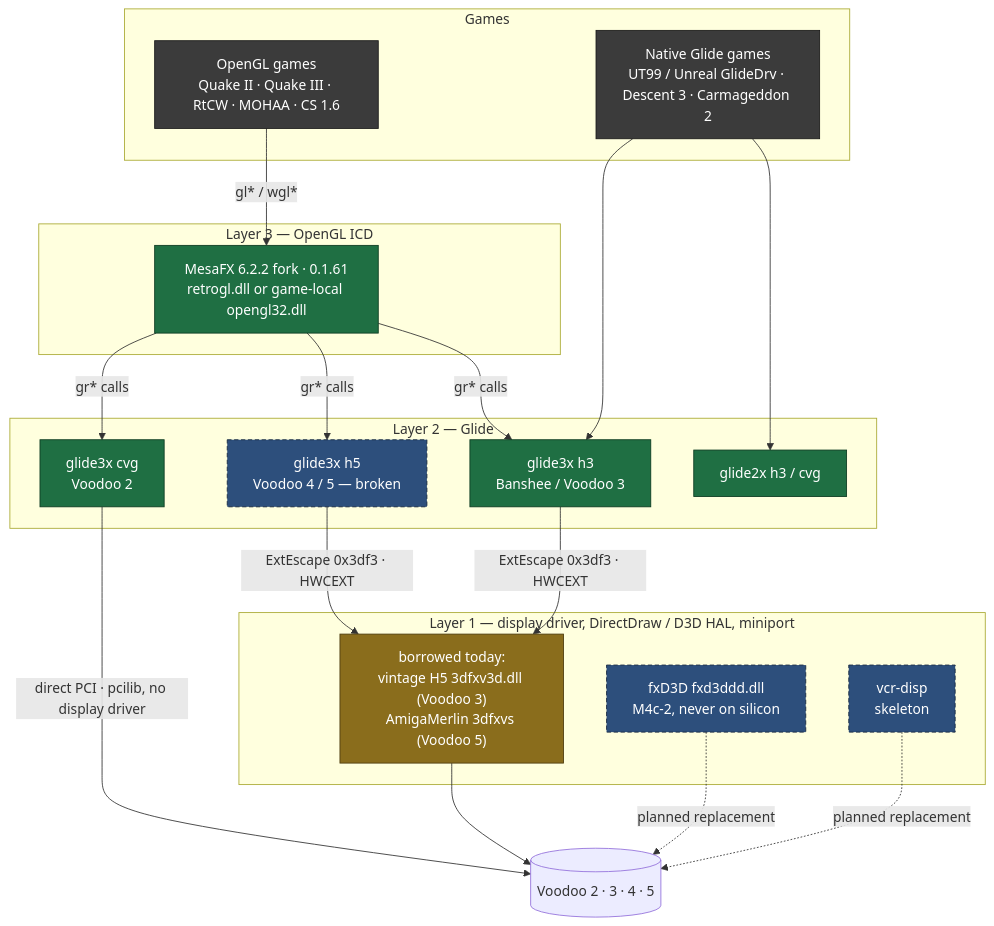
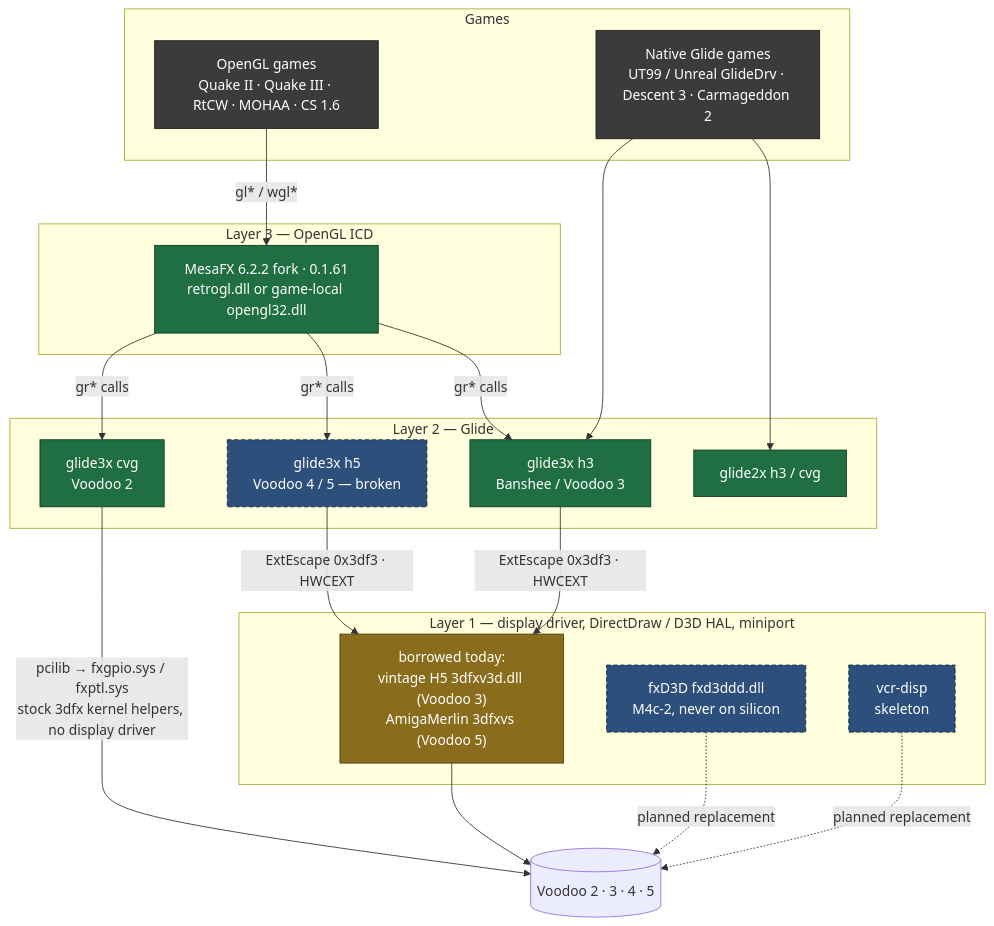
The second of 14 diagrams in voodoo-cleanroom/README.md (voidsstr/retro-agent), drawn with Mermaid before and after one commit. The commit also changed other lines of this file and 7 other files, not shown here.

````diff
--- a/voodoo-cleanroom/README.md
+++ b/voodoo-cleanroom/README.md
@@ -109,41 +112,41 @@
 ```mermaid
 flowchart TB
     classDef ours fill:#1f6f43,stroke:#0d3b22,color:#ffffff
     classDef wip fill:#2d4f7c,stroke:#16273e,color:#ffffff,stroke-dasharray: 5 3
     classDef borrowed fill:#8a6d1c,stroke:#4d3c0f,color:#ffffff
     classDef app fill:#3b3b3b,stroke:#1a1a1a,color:#ffffff
 
     subgraph APPS["Games"]
         GLAPP["OpenGL games<br/>Quake II · Quake III · RtCW · MOHAA · CS 1.6"]:::app
         GLIDEAPP["Native Glide games<br/>UT99 / Unreal GlideDrv · Descent 3 · Carmageddon 2"]:::app
     end
 
     subgraph L3["Layer 3 — OpenGL ICD"]
         ICD["MesaFX 6.2.2 fork · 0.1.61<br/>retrogl.dll or game-local opengl32.dll"]:::ours
     end
 
     subgraph L2["Layer 2 — Glide"]
         G3H["glide3x h3<br/>Banshee / Voodoo 3"]:::ours
         G3H5["glide3x h5<br/>Voodoo 4 / 5 — broken"]:::wip
         G3C["glide3x cvg<br/>Voodoo 2"]:::ours
         G2["glide2x h3 / cvg"]:::ours
     end
 
     subgraph L1["Layer 1 — display driver, DirectDraw / D3D HAL, miniport"]
         BORROW["borrowed today:<br/>vintage H5 3dfxv3d.dll (Voodoo 3)<br/>AmigaMerlin 3dfxvs (Voodoo 5)"]:::borrowed
         FXD3D["fxD3D fxd3ddd.dll<br/>M4c-2, never on silicon"]:::wip
         VCR["vcr-disp<br/>skeleton"]:::wip
     end
 
     HW[("Voodoo 2 · 3 · 4 · 5")]
 
     GLAPP -- "gl* / wgl*" --> ICD
     ICD -- "gr* calls" --> G3H & G3H5 & G3C
     GLIDEAPP --> G2 & G3H
     G3H -- "ExtEscape 0x3df3 · HWCEXT" --> BORROW
     G3H5 -- "ExtEscape 0x3df3 · HWCEXT" --> BORROW
-    G3C -- "direct PCI · pcilib, no display driver" --> HW
+    G3C -- "pcilib → fxgpio.sys / fxptl.sys<br/>stock 3dfx kernel helpers, no display driver" --> HW
     BORROW --> HW
     FXD3D -. "planned replacement" .-> HW
     VCR -. "planned replacement" .-> HW
 ```
````
